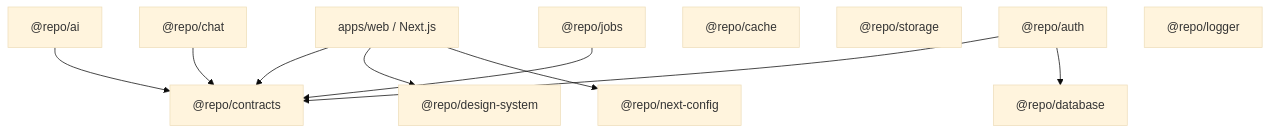
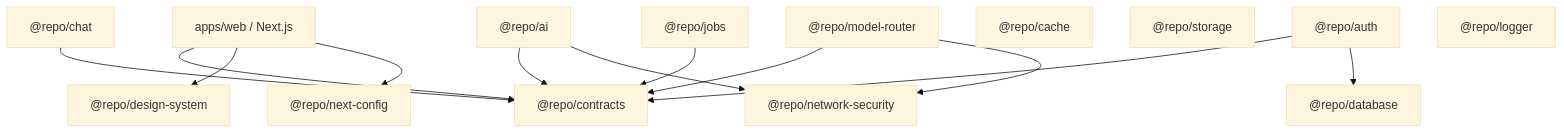
Before and after one commit to Loosand/chat: the first of 2 diagrams in design.md, drawn with Mermaid (base theme). The commit also changed other lines of this file and 38 other files, not shown here.

````diff
--- a/design.md
+++ b/design.md
@@ -23,15 +23,18 @@
 ```mermaid
 flowchart TB
   Web["apps/web / Next.js"] --> Contracts["@repo/contracts"]
   Web --> UI["@repo/design-system"]
   Web --> Config["@repo/next-config"]
 
   AI["@repo/ai"] --> Contracts
+  AI --> Network["@repo/network-security"]
+  Router["@repo/model-router"] --> Contracts
+  Router --> Network
   Chat["@repo/chat"] --> Contracts
   Auth["@repo/auth"] --> Contracts
   Auth --> Database["@repo/database"]
   Cache["@repo/cache"]
   Storage["@repo/storage"]
   Jobs["@repo/jobs"] --> Contracts
   Logger["@repo/logger"]
 ```
````
